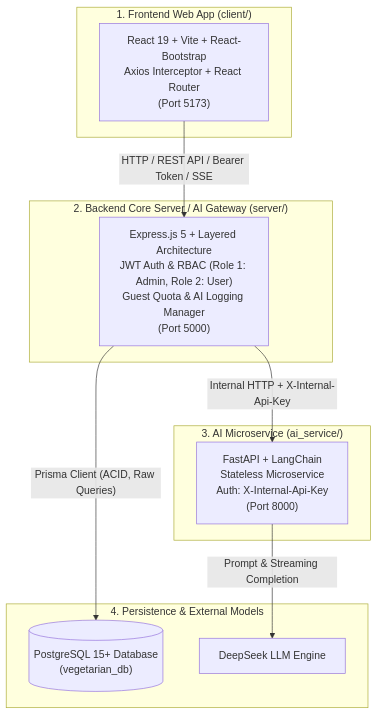
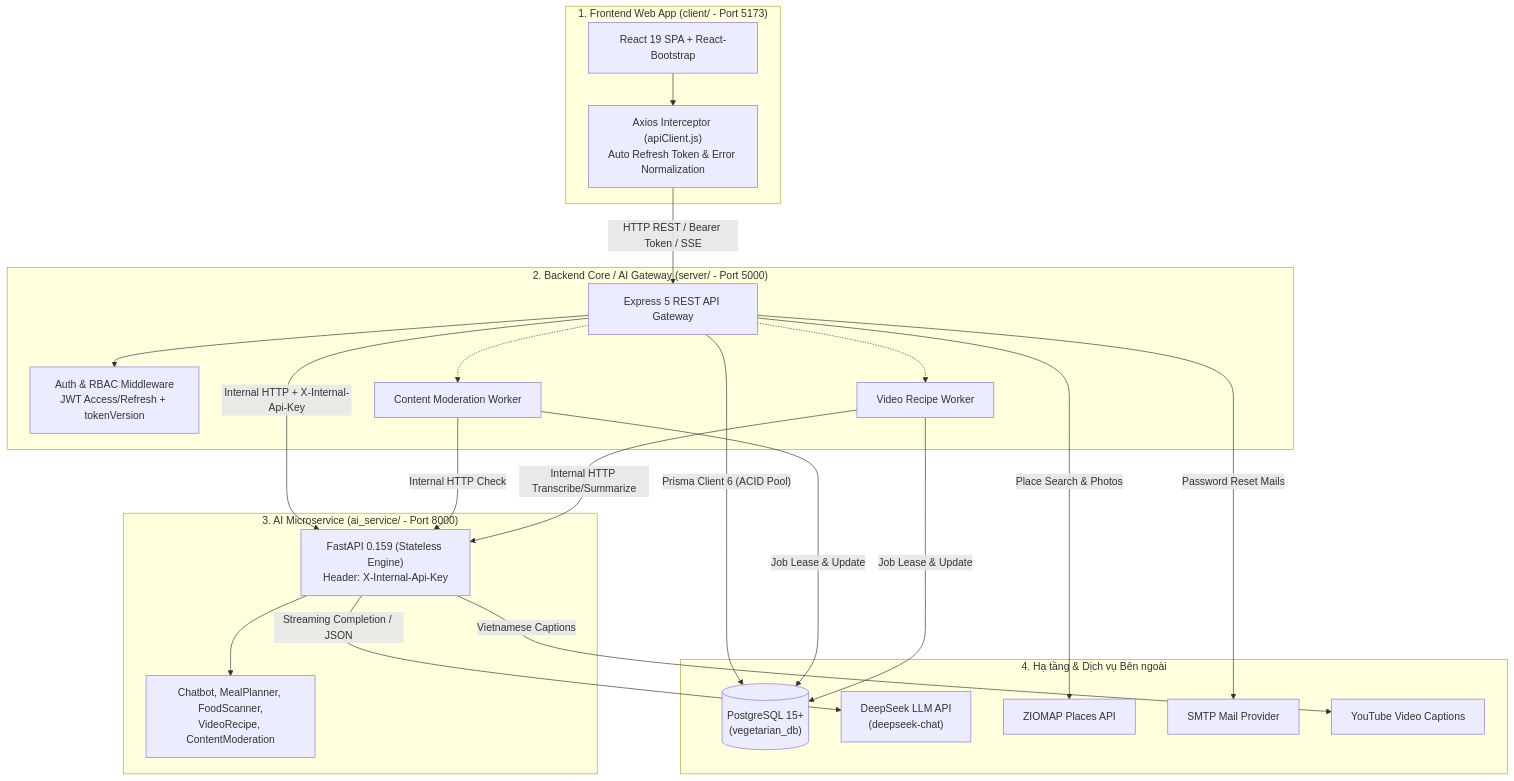
Before and after one commit to minHow14/SWP391: the diagram in README.md, drawn with Mermaid. The commit also changed other lines of this file and 21 other files, not shown here.

````diff
--- a/README.md
+++ b/README.md
@@ -66,24 +112,44 @@
 ```mermaid
 flowchart TD
-    subgraph ClientLayer ["1. Frontend Web App (client/)"]
-        Client["React 19 + Vite + React-Bootstrap<br/>Axios Interceptor + React Router<br/>(Port 5173)"]
+    subgraph ClientLayer ["1. Frontend Web App (client/ - Port 5173)"]
+        UI["React 19 SPA + React-Bootstrap"]
+        Axios["Axios Interceptor (apiClient.js)<br/>Auto Refresh Token & Error Normalization"]
+        UI --> Axios
     end
 
-    subgraph BackendLayer ["2. Backend Core Server / AI Gateway (server/)"]
-        Server["Express.js 5 + Layered Architecture<br/>JWT Auth & RBAC (Role 1: Admin, Role 2: User)<br/>Guest Quota & AI Logging Manager<br/>(Port 5000)"]
+    subgraph BackendLayer ["2. Backend Core / AI Gateway (server/ - Port 5000)"]
+        Gateway["Express 5 REST API Gateway"]
+        AuthMiddleware["Auth & RBAC Middleware<br/>JWT Access/Refresh + tokenVersion"]
+        WorkerModeration["Content Moderation Worker"]
+        WorkerVideo["Video Recipe Worker"]
+        Gateway --> AuthMiddleware
+        Gateway -.-> WorkerModeration
+        Gateway -.-> WorkerVideo
     end
 
-    subgraph AILayer ["3. AI Microservice (ai_service/)"]
-        AIService["FastAPI + LangChain<br/>Stateless Microservice<br/>Auth: X-Internal-Api-Key<br/>(Port 8000)"]
+    subgraph AILayer ["3. AI Microservice (ai_service/ - Port 8000)"]
+        FastAPI["FastAPI 0.159 (Stateless Engine)<br/>Header: X-Internal-Api-Key"]
+        Agents["Chatbot, MealPlanner, FoodScanner,<br/>VideoRecipe, ContentModeration"]
+        FastAPI --> Agents
     end
 
-    subgraph DataLayer ["4. Persistence & External Models"]
-        DB[("PostgreSQL 15+ Database<br/>(vegetarian_db)")]
-        DeepSeek["DeepSeek LLM Engine"]
+    subgraph ExternalLayer ["4. Hạ tầng & Dịch vụ Bên ngoài"]
+        DB[("PostgreSQL 15+<br/>(vegetarian_db)")]
+        LLM["DeepSeek LLM API<br/>(deepseek-chat)"]
+        ZIOMAP["ZIOMAP Places API"]
+        SMTP["SMTP Mail Provider"]
+        YT["YouTube Video Captions"]
     end
 
-    Client -- "HTTP / REST API / Bearer Token / SSE" --> Server
-    Server -- "Prisma Client (ACID, Raw Queries)" --> DB
-    Server -- "Internal HTTP + X-Internal-Api-Key" --> AIService
-    AIService -- "Prompt & Streaming Completion" --> DeepSeek
+    Axios -- "HTTP REST / Bearer Token / SSE" --> Gateway
+    Gateway -- "Prisma Client 6 (ACID Pool)" --> DB
+    WorkerModeration -- "Job Lease & Update" --> DB
+    WorkerVideo -- "Job Lease & Update" --> DB
+    Gateway -- "Internal HTTP + X-Internal-Api-Key" --> FastAPI
+    WorkerModeration -- "Internal HTTP Check" --> FastAPI
+    WorkerVideo -- "Internal HTTP Transcribe/Summarize" --> FastAPI
+    FastAPI -- "Streaming Completion / JSON" --> LLM
+    Gateway -- "Place Search & Photos" --> ZIOMAP
+    Gateway -- "Password Reset Mails" --> SMTP
+    FastAPI -- "Vietnamese Captions" --> YT
 ```
````
